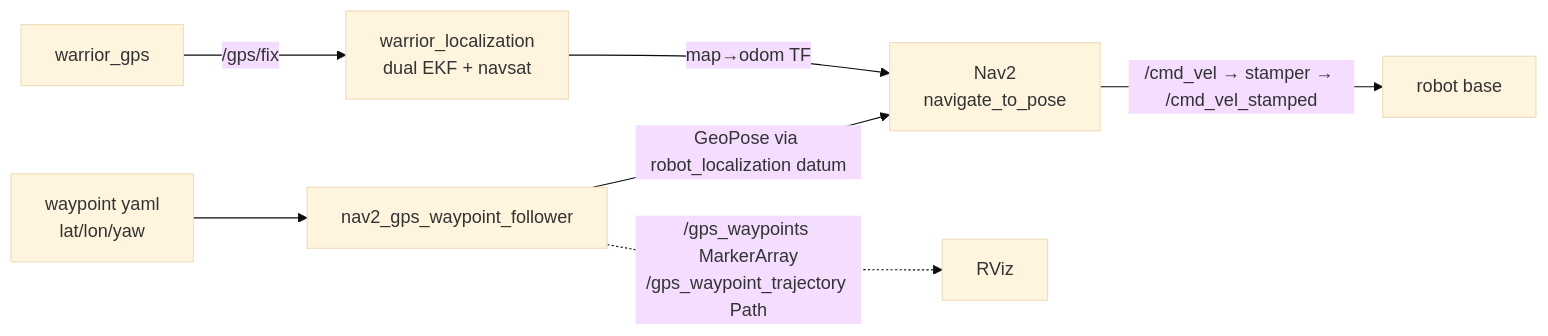
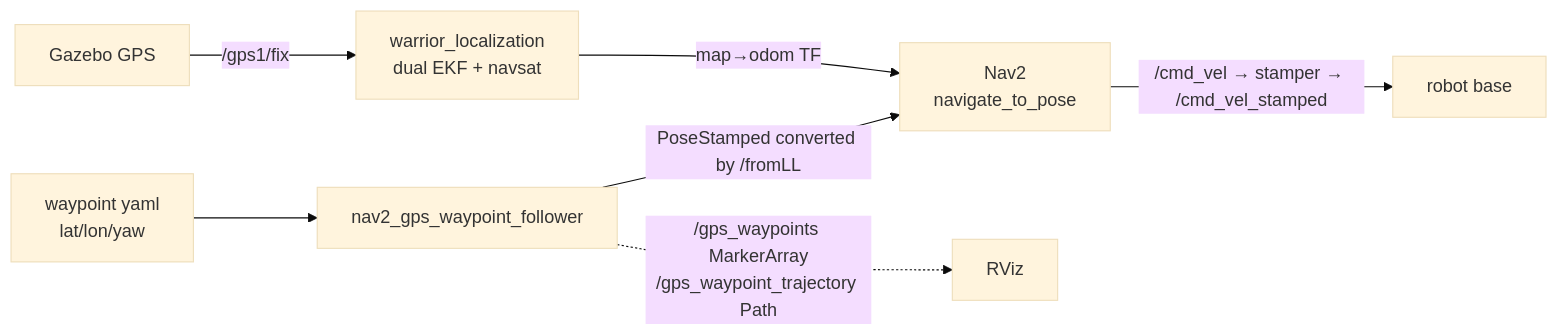
Before and after one commit to waynerobotics/Warrior_2026: the diagram in warrior_navigation/README.md, drawn with Mermaid (base theme). The commit also changed other lines of this file and 530 other files, not shown here.

````diff
--- a/warrior_navigation/README.md
+++ b/warrior_navigation/README.md
@@ -43,9 +90,9 @@
 ```mermaid
 flowchart LR
     YAML[waypoint yaml<br/>lat/lon/yaw] --> WF[nav2_gps_waypoint_follower]
-    WF -->|GeoPose via robot_localization datum| N2[Nav2<br/>navigate_to_pose]
+    WF -->|PoseStamped converted by /fromLL| N2[Nav2<br/>navigate_to_pose]
     N2 -->|/cmd_vel → stamper → /cmd_vel_stamped| BASE[robot base]
     LOC[warrior_localization<br/>dual EKF + navsat] -->|map→odom TF| N2
-    GPS[warrior_gps] -->|/gps/fix| LOC
+    GPS[Gazebo GPS] -->|/gps1/fix| LOC
     WF -.->|/gps_waypoints MarkerArray<br/>/gps_waypoint_trajectory Path| RVIZ[RViz]
 ```
````
